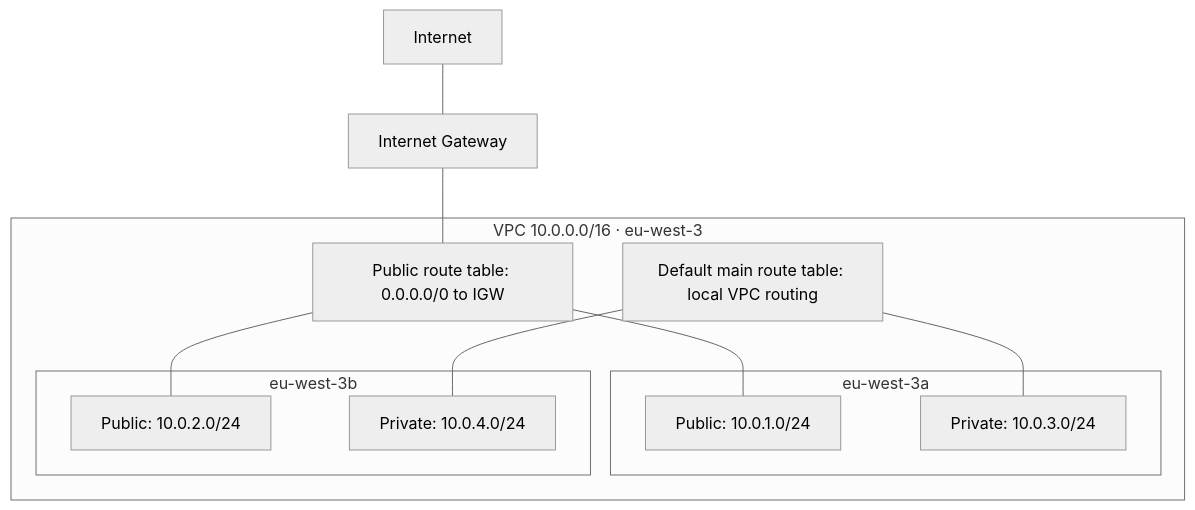
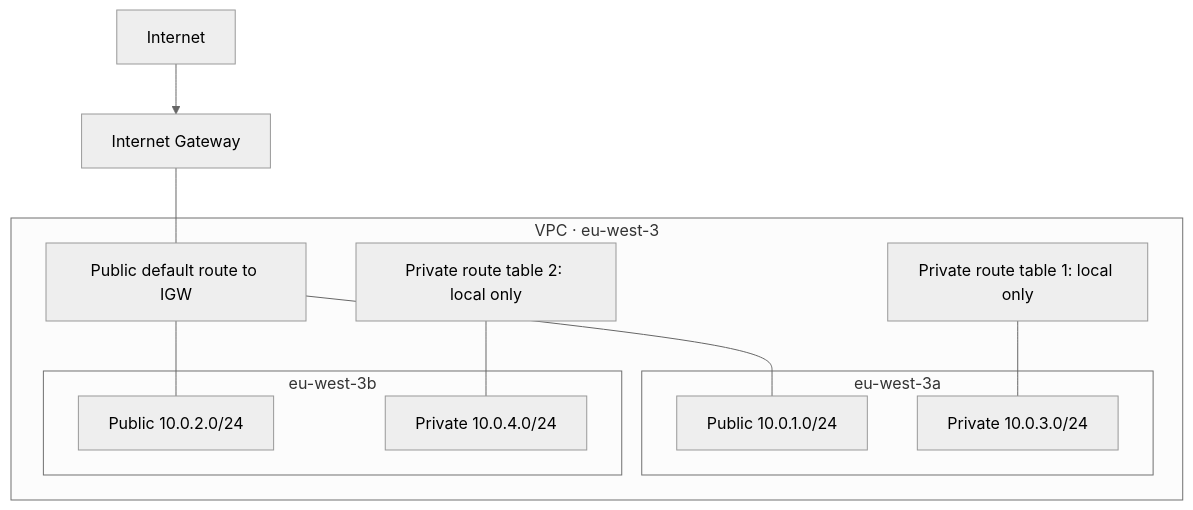
The diagram in README.md (meng81593-byte/aws-terraform-network-lab), drawn with Mermaid (neutral theme) before and after one commit. The commit also changed other lines of this file and 13 other files, not shown here.

````diff
--- a/README.md
+++ b/README.md
@@ -25,21 +22,20 @@
 ```mermaid
 flowchart TB
-    Internet[Internet] --- IGW[Internet Gateway]
-    subgraph VPC["VPC 10.0.0.0/16 · eu-west-3"]
-        RT["Public route table: 0.0.0.0/0 to IGW"]
-        subgraph AZA[eu-west-3a]
-            PUB1["Public: 10.0.1.0/24"]
-            PRIV1["Private: 10.0.3.0/24"]
-        end
-        subgraph AZB[eu-west-3b]
-            PUB2["Public: 10.0.2.0/24"]
-            PRIV2["Private: 10.0.4.0/24"]
-        end
-        RT --- PUB1
-        RT --- PUB2
-        DEFAULT["Default main route table: local VPC routing"]
-        DEFAULT --- PRIV1
-        DEFAULT --- PRIV2
+  Internet --> IGW[Internet Gateway]
+  subgraph VPC["VPC · eu-west-3"]
+    RT[Public default route to IGW]
+    subgraph A[eu-west-3a]
+      P1[Public 10.0.1.0/24]
+      S1[Private 10.0.3.0/24]
     end
-    IGW --- RT
+    subgraph B[eu-west-3b]
+      P2[Public 10.0.2.0/24]
+      S2[Private 10.0.4.0/24]
+    end
+    RT --- P1
+    RT --- P2
+    R1[Private route table 1: local only] --- S1
+    R2[Private route table 2: local only] --- S2
+  end
+  IGW --- RT
 ```
````
